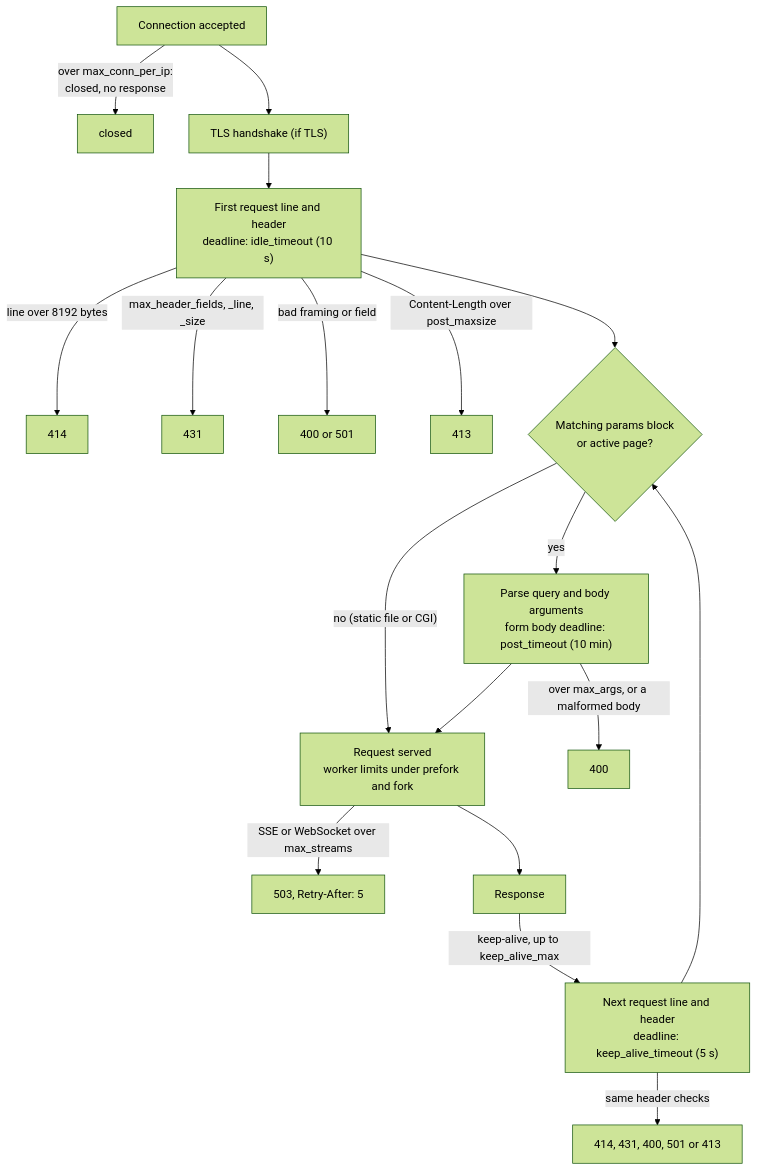
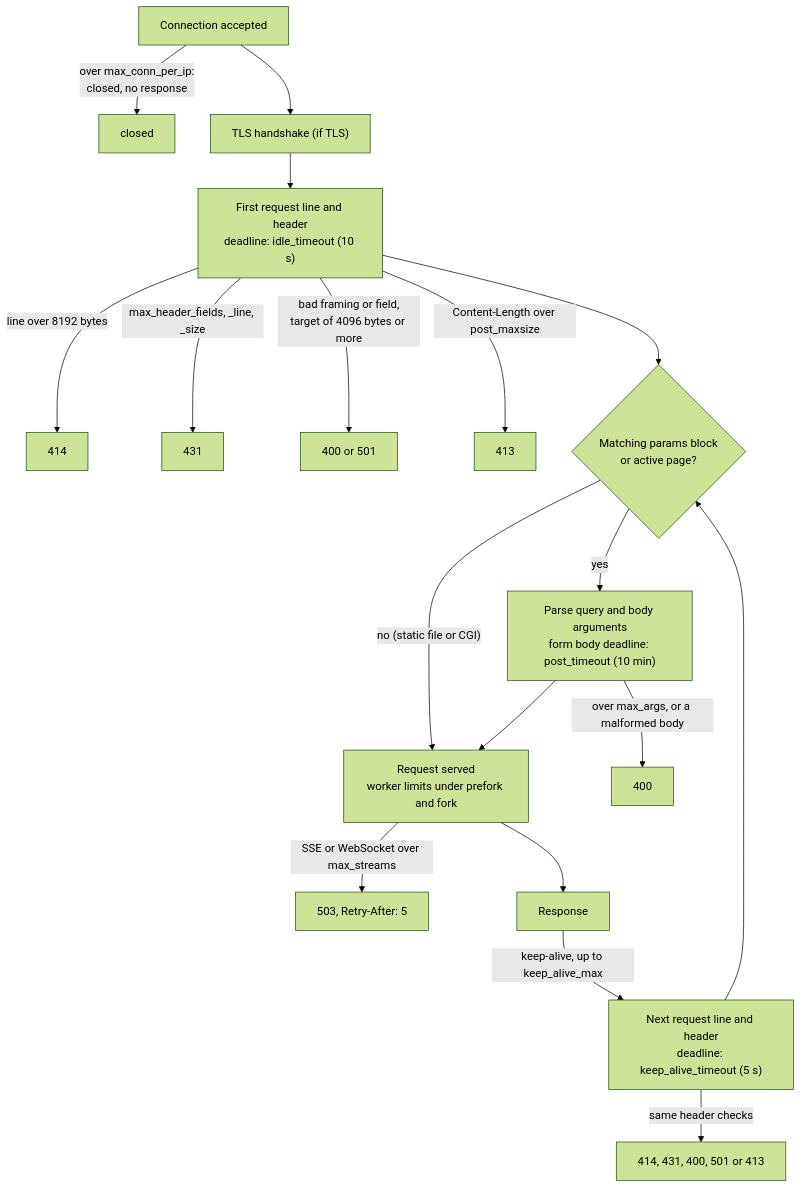
One commit to DanielTillett/klin changed the diagram in doc/LIMITS.md. Above: the diagram before and after it, drawn with Mermaid (forest theme). The commit also changed other lines of this file and 20 other files, not shown here.

````diff
--- a/doc/LIMITS.md
+++ b/doc/LIMITS.md
@@ -21,20 +22,20 @@
 ```mermaid
 flowchart TD
     A["Connection accepted"] -->|"over max_conn_per_ip:<br/>closed, no response"| X1["closed"]
     A --> B["TLS handshake (if TLS)"]
     B --> C["First request line and header<br/>deadline: idle_timeout (10 s)"]
     C -->|"line over 8192 bytes"| R414["414"]
     C -->|"max_header_fields, _line, _size"| R431["431"]
-    C -->|"bad framing or field"| R400["400 or 501"]
+    C -->|"bad framing or field,<br/>target of 4096 bytes or more"| R400["400 or 501"]
     C -->|"Content-Length over post_maxsize"| R413["413"]
     C --> S{"Matching params block<br/>or active page?"}
     S -- "no (static file or CGI)" --> E
     S -- yes --> D["Parse query and body arguments<br/>form body deadline: post_timeout (10 min)"]
     D -->|"over max_args, or a malformed body"| R400b["400"]
     D --> E["Request served<br/>worker limits under prefork and fork"]
     E -->|"SSE or WebSocket over max_streams"| R503["503, Retry-After: 5"]
     E --> F["Response"]
     F -->|"keep-alive, up to keep_alive_max"| K["Next request line and header<br/>deadline: keep_alive_timeout (5 s)"]
     K -->|"same header checks"| R2["414, 431, 400, 501 or 413"]
     K --> S
 ```
````
